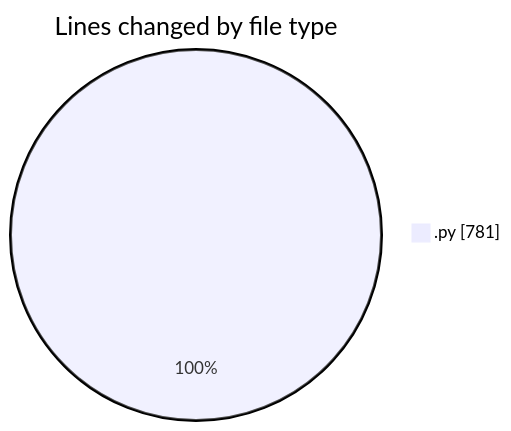
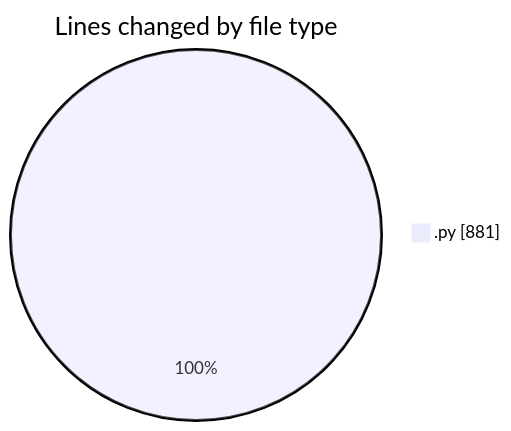
One commit to julien-gomy/code-tracking changed the first of 2 diagrams in 2025-10-22/eventscop-api-guide__workspace_/README.md. Above: the diagram before and after it, drawn with Mermaid. The commit also changed other lines of this file and 1 other file, not shown here.

````diff
--- a/2025-10-22/eventscop-api-guide__workspace_/README.md
+++ b/2025-10-22/eventscop-api-guide__workspace_/README.md
@@ -35,5 +36,5 @@
 ```mermaid
 pie showData
 title Lines changed by file type
-".py" : 781
+".py" : 881
 ```
````
